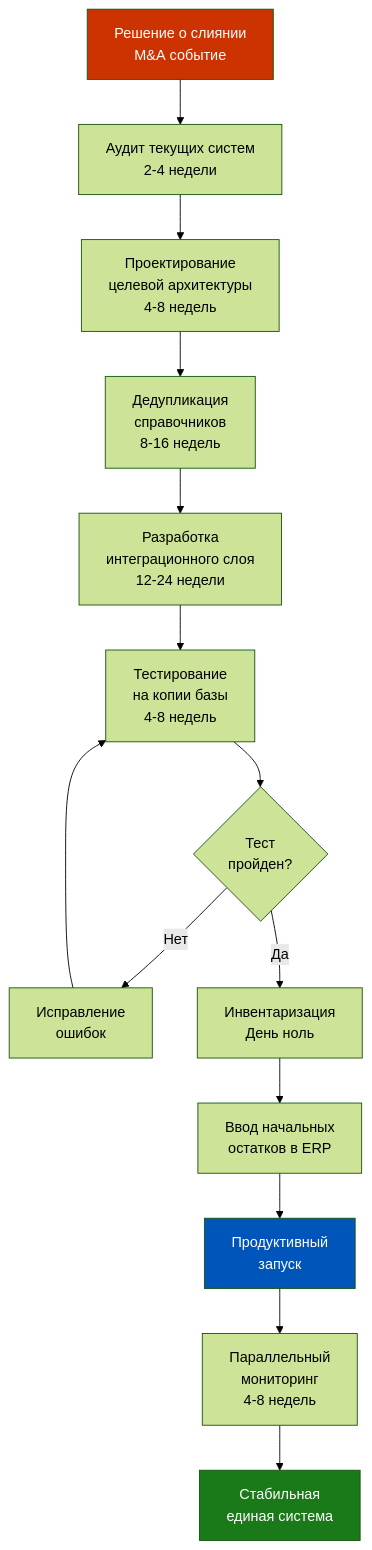
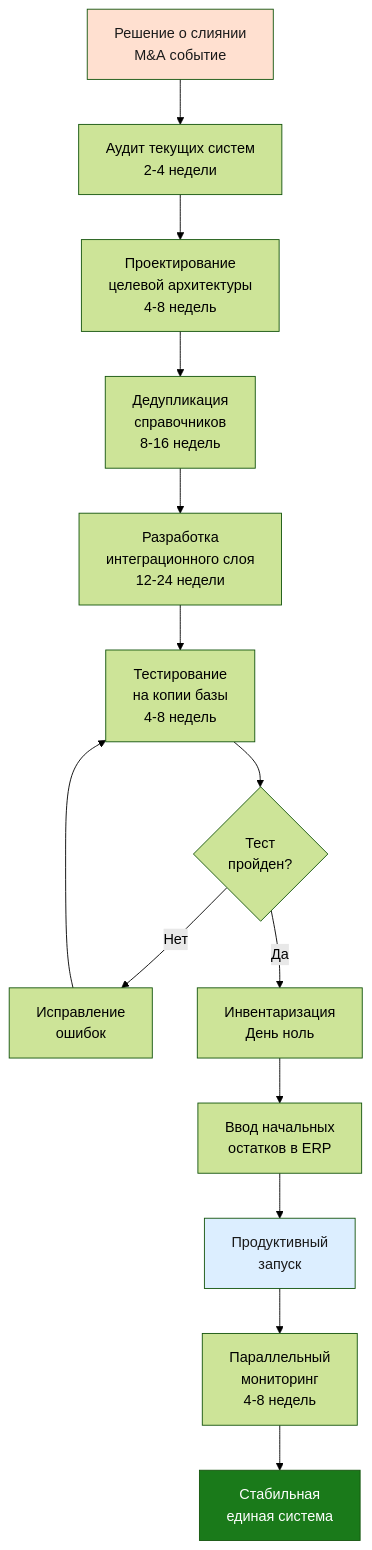
Before and after one commit to murad1986/1c-erp-quartz: diagram 11 of 11 in content/1c-erp/week_7/Неделя 7 - День 7 - История Delivery Club.md, drawn with Mermaid (forest theme). The commit also changed other lines of this file and 57 other files, not shown here.

First line of the commit message:
fix: Mermaid — пастельные цвета в источниках диаграмм (56 файлов)

````diff
--- a/content/1c-erp/week_7/Неделя 7 - День 7 - История Delivery Club.md
+++ b/content/1c-erp/week_7/Неделя 7 - День 7 - История Delivery Club.md
@@ -788,20 +788,20 @@
 ```mermaid
 flowchart TD
     A[Решение о слиянии<br/>М&А событие] --> B[Аудит текущих систем<br/>2-4 недели]
     B --> C[Проектирование<br/>целевой архитектуры<br/>4-8 недель]
     C --> D[Дедупликация<br/>справочников<br/>8-16 недель]
     D --> E[Разработка<br/>интеграционного слоя<br/>12-24 недели]
     E --> F[Тестирование<br/>на копии базы<br/>4-8 недель]
     F --> G{Тест<br/>пройден?}
     G -->|Нет| H[Исправление<br/>ошибок]
     H --> F
     G -->|Да| I[Инвентаризация<br/>День ноль]
     I --> J[Ввод начальных<br/>остатков в ERP]
     J --> K[Продуктивный<br/>запуск]
     K --> L[Параллельный<br/>мониторинг<br/>4-8 недель]
     L --> M[Стабильная<br/>единая система]
 
-    style A fill:#cc3300,color:#fff
-    style K fill:#0055BB,color:#fff
+    style A fill:#ffe0d0,color:#1a1a1a
+    style K fill:#dceeff,color:#1a1a1a
     style M fill:#1a7a1a,color:#fff
 ```
````
